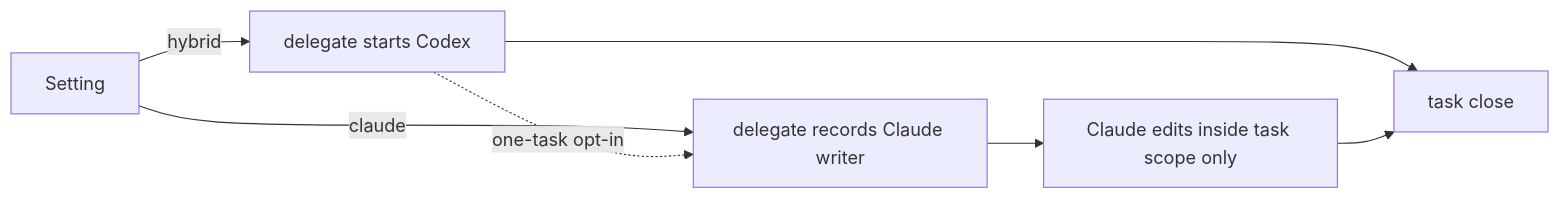
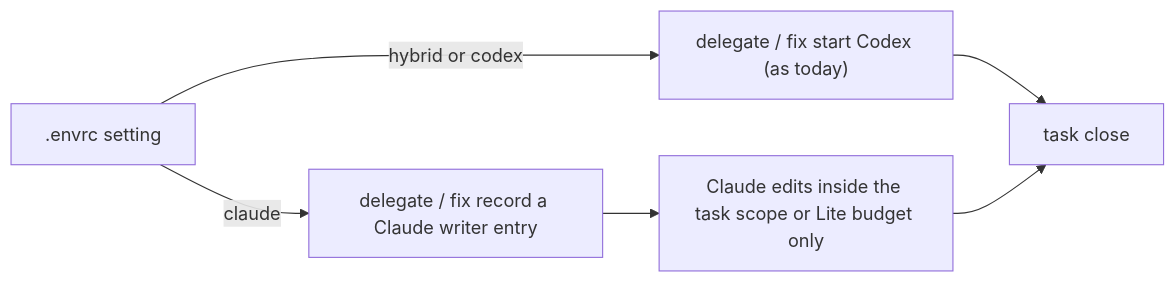
One commit to knacklabs/symphony-forge changed the diagram in .factory/stories/FORGE-WARM-1/task-plans/EXEC-MODES.md. Above: the diagram before and after it, drawn with Mermaid. The commit also changed other lines of this file and 3 other files, not shown here.

First line of the commit message:
FORGE-WARM-1 EXEC-MODES: simplified to a repository-wide executor setting; hybrid per-task opt-in deferred (D-0044)

````diff
--- a/.factory/stories/FORGE-WARM-1/task-plans/EXEC-MODES.md
+++ b/.factory/stories/FORGE-WARM-1/task-plans/EXEC-MODES.md
@@ -14,9 +16,8 @@
 ```mermaid
 flowchart LR
-  S[Setting] -->|hybrid| C[delegate starts Codex]
-  S -->|claude| P[delegate records Claude writer]
-  C -.->|one-task opt-in| P
-  P --> W[Claude edits inside task scope only]
+  S[".envrc setting"] -->|hybrid or codex| C["delegate / fix start Codex (as today)"]
+  S -->|claude| P["delegate / fix record a Claude writer entry"]
+  P --> W["Claude edits inside the task scope or Lite budget only"]
   C --> X[task close]
   W --> X
 ```
````
